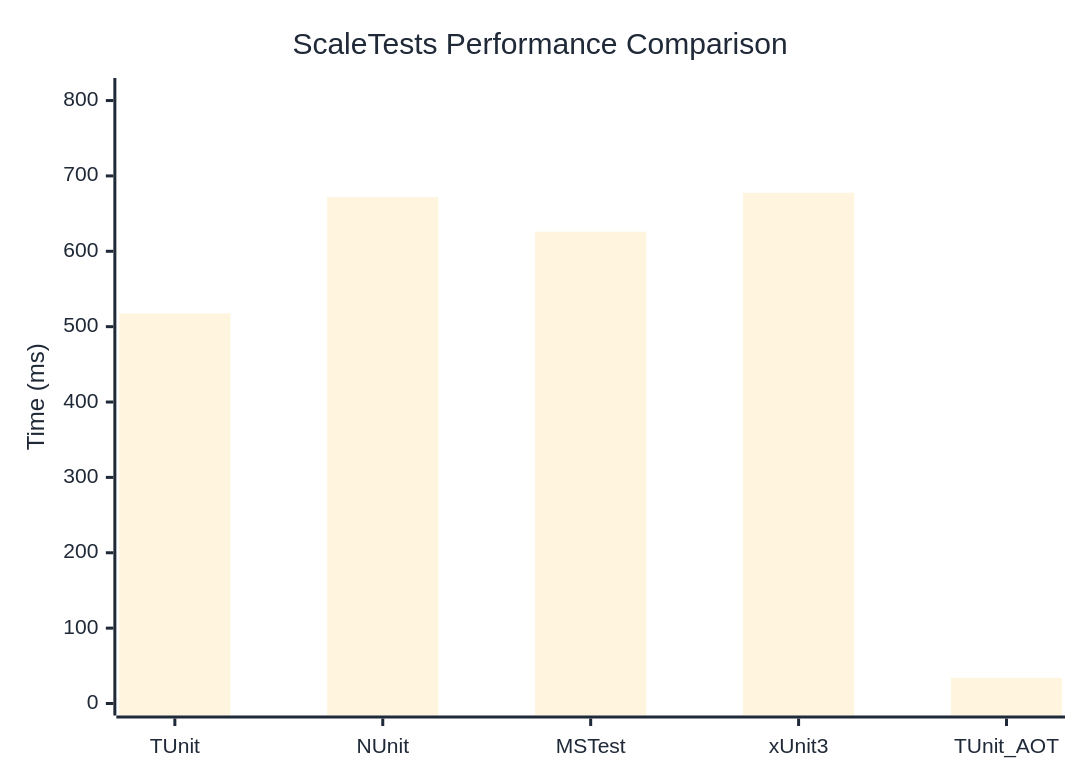
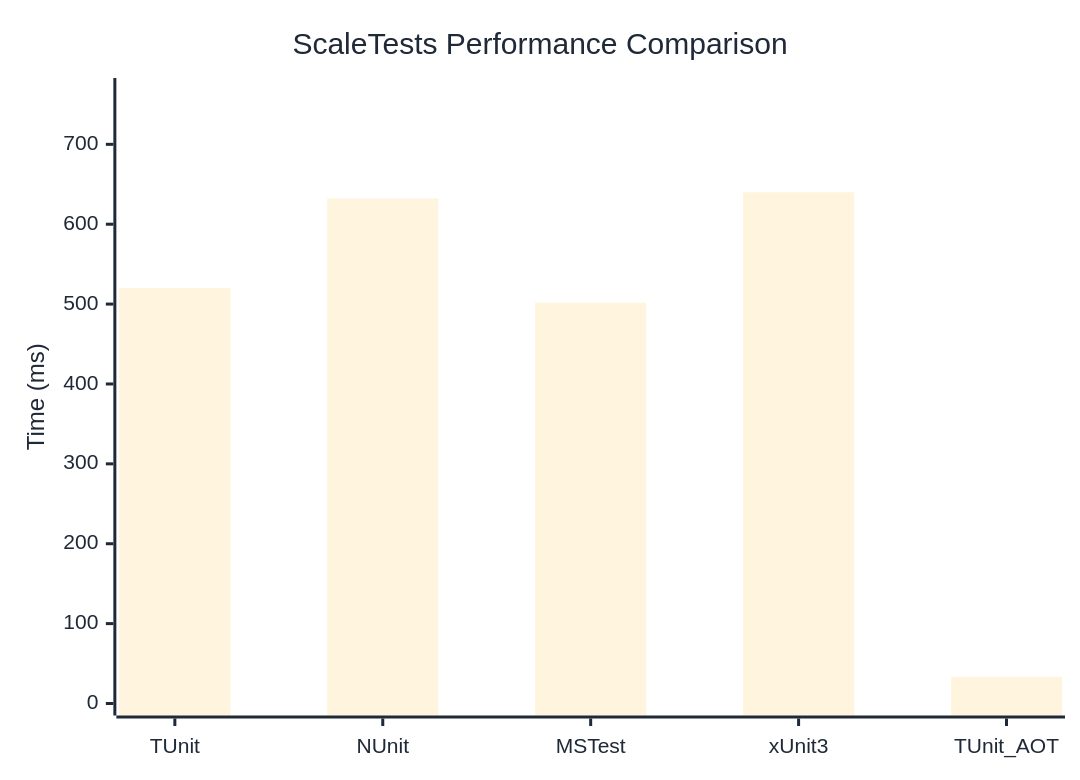
Before and after one commit to thomhurst/TUnit: the diagram in docs/docs/benchmarks/ScaleTests.md, drawn with Mermaid. The commit also changed other lines of this file and 17 other files, not shown here.

````diff
--- a/docs/docs/benchmarks/ScaleTests.md
+++ b/docs/docs/benchmarks/ScaleTests.md
@@ -27,37 +27,37 @@
 ```mermaid
 %%{init: {
   'theme':'base',
   'themeVariables': {
     'primaryColor': '#2563eb',
     'primaryTextColor': '#1f2937',
     'primaryBorderColor': '#1e40af',
     'lineColor': '#6b7280',
     'secondaryColor': '#7c3aed',
     'tertiaryColor': '#dc2626',
     'background': '#ffffff',
     'mainBkg': '#2563eb',
     'secondBkg': '#7c3aed',
     'tertiaryBkg': '#dc2626',
     'clusterBkg': '#f3f4f6',
     'edgeLabelBackground': '#ffffff',
     'tertiaryTextColor': '#1f2937',
     'pie1': '#2563eb',
     'pie2': '#7c3aed',
     'pie3': '#dc2626',
     'pie4': '#f59e0b',
     'pie5': '#10b981',
     'pie6': '#06b6d4',
     'pie7': '#ec4899',
     'pie8': '#6366f1',
     'pie9': '#84cc16',
     'pie10': '#f97316',
     'pie11': '#14b8a6',
     'pie12': '#a855f7'
   }
 }}%%
 xychart-beta
   title "ScaleTests Performance Comparison"
   x-axis ["TUnit", "NUnit", "MSTest", "xUnit3", "TUnit_AOT"]
-  y-axis "Time (ms)" 0 --> 814
-  bar [517.48, 671.95, 625.93, 677.67, 34.1]
+  y-axis "Time (ms)" 0 --> 768
+  bar [520.01, 632.09, 501.73, 639.95, 33.38]
 ```
````
